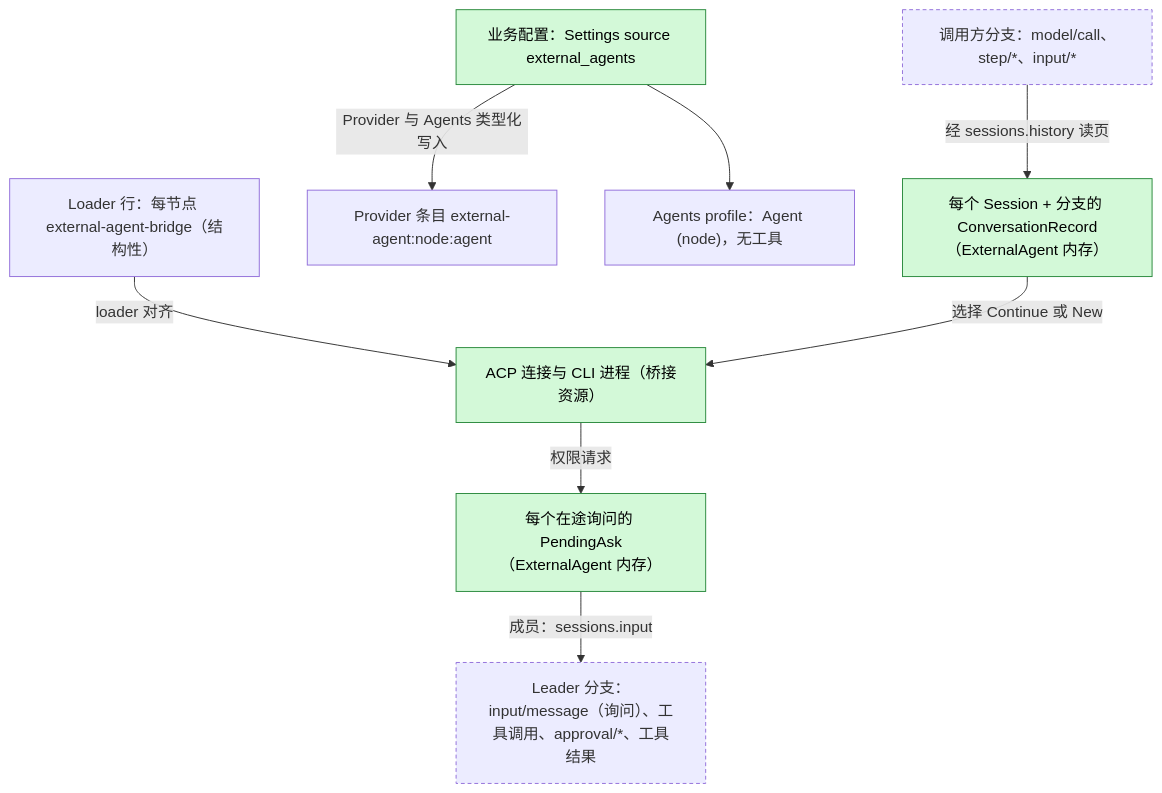
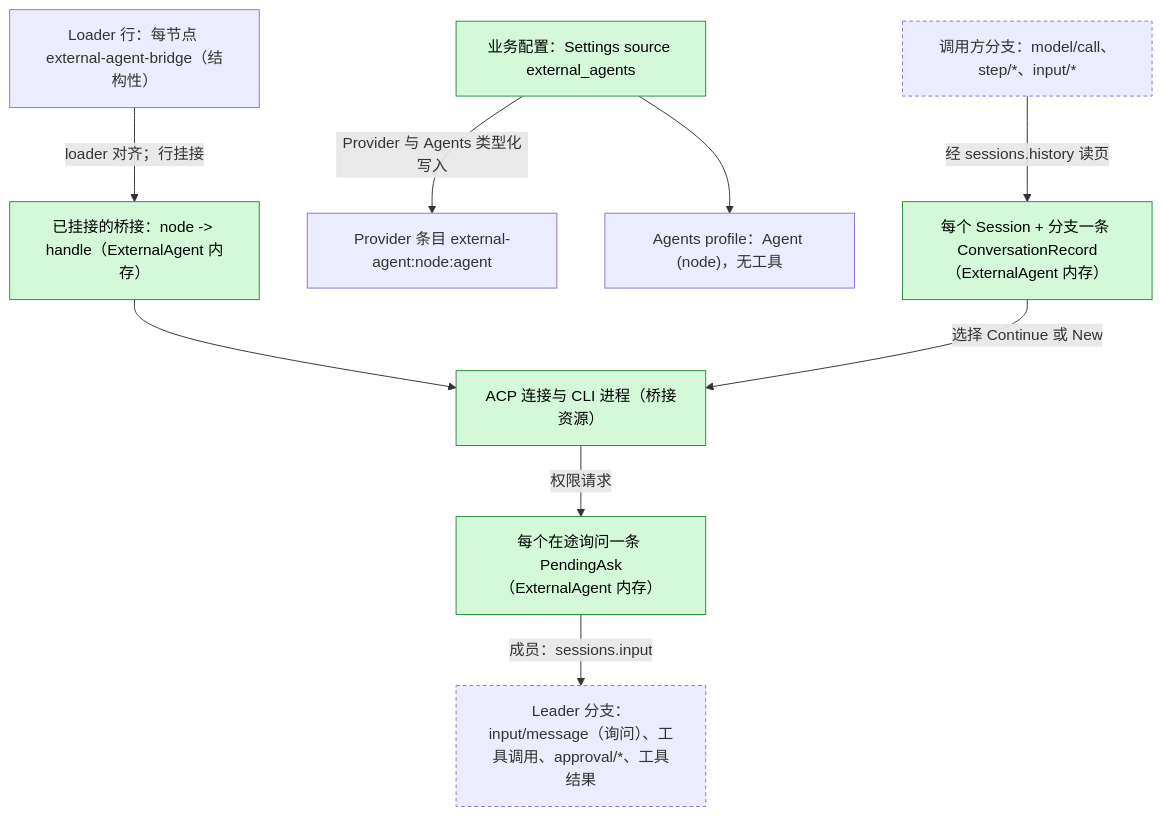
Before and after one commit to CoutinhoTTS/dim-agent: the second of 5 diagrams in docs/zh/design/plugins/ExternalAgent.md, drawn with Mermaid. The commit also changed other lines of this file and 7 other files, not shown here.

First line of the commit message:
docs(external-agent): bring ExternalAgent design to a Ready candidate

````diff
--- a/docs/zh/design/plugins/ExternalAgent.md
+++ b/docs/zh/design/plugins/ExternalAgent.md
@@ -105,21 +118,23 @@
 ```mermaid
 flowchart TB
   classDef new fill:#d3f9d8,stroke:#2b8a3e,color:#000
   classDef contract stroke-dasharray:4 3
   Cfg["业务配置：Settings source external_agents"]:::new
   Rows["Loader 行：每节点 external-agent-bridge（结构性）"]
+  Att["已挂接的桥接：node -> handle（ExternalAgent 内存）"]:::new
   Conn["Provider 条目 external-agent:node:agent"]
   Prof["Agents profile：Agent (node)，无工具"]
-  Rec["每个 Session + 分支的 ConversationRecord（ExternalAgent 内存）"]:::new
-  Ask["每个在途询问的 PendingAsk（ExternalAgent 内存）"]:::new
+  Rec["每个 Session + 分支一条 ConversationRecord（ExternalAgent 内存）"]:::new
+  Ask["每个在途询问一条 PendingAsk（ExternalAgent 内存）"]:::new
   Live["ACP 连接与 CLI 进程（桥接资源）"]:::new
   TL["调用方分支：model/call、step/*、input/*"]:::contract
   LTL["Leader 分支：input/message（询问）、工具调用、approval/*、工具结果"]:::contract
   Cfg -->|"Provider 与 Agents 类型化写入"| Conn
   Cfg --> Prof
-  Rows -->|"loader 对齐"| Live
+  Rows -->|"loader 对齐；行挂接"| Att
+  Att --> Live
   TL -->|"经 sessions.history 读页"| Rec
   Rec -->|"选择 Continue 或 New"| Live
   Live -->|"权限请求"| Ask
   Ask -->|"成员：sessions.input"| LTL
 ```
````
